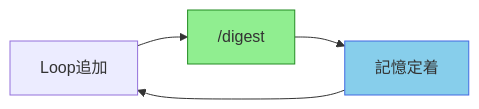
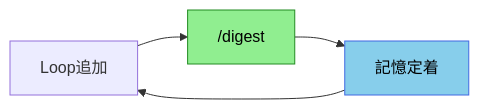
One commit to tatoflam/Plugins-Weave changed the diagram in EpisodicRAG/README.md. Above: the diagram before and after it, drawn with Mermaid. The commit also changed 1 other file, not shown here.

Commit message:
style: mermaidチャートのテキスト色を黒に指定
フローチャートノードのテキスト可読性向上のためcolor:#000000を追加

🤖 Generated with [Claude Code](https://claude.com/claude-code)

````diff
--- a/EpisodicRAG/README.md
+++ b/EpisodicRAG/README.md
@@ -265,9 +265,9 @@
 ```mermaid
 flowchart LR
     A[Loop追加] --> B["/digest"]
     B --> C[記憶定着]
     C --> A
 
-    style B fill:#90EE90,stroke:#228B22
-    style C fill:#87CEEB,stroke:#4169E1
+    style B fill:#90EE90,stroke:#228B22,color:#000000
+    style C fill:#87CEEB,stroke:#4169E1,color:#000000
 ```
````
